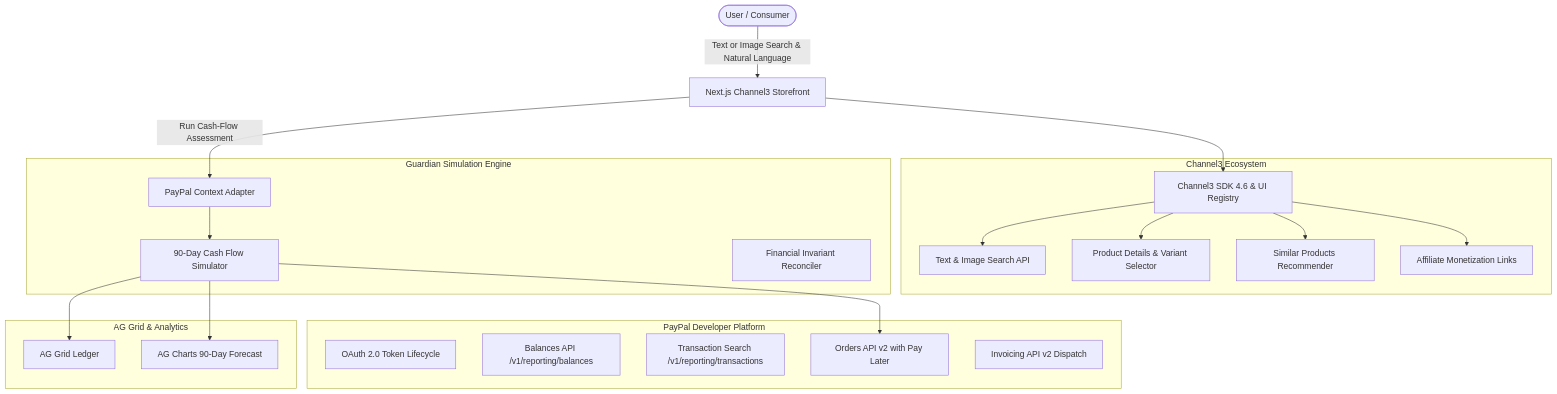
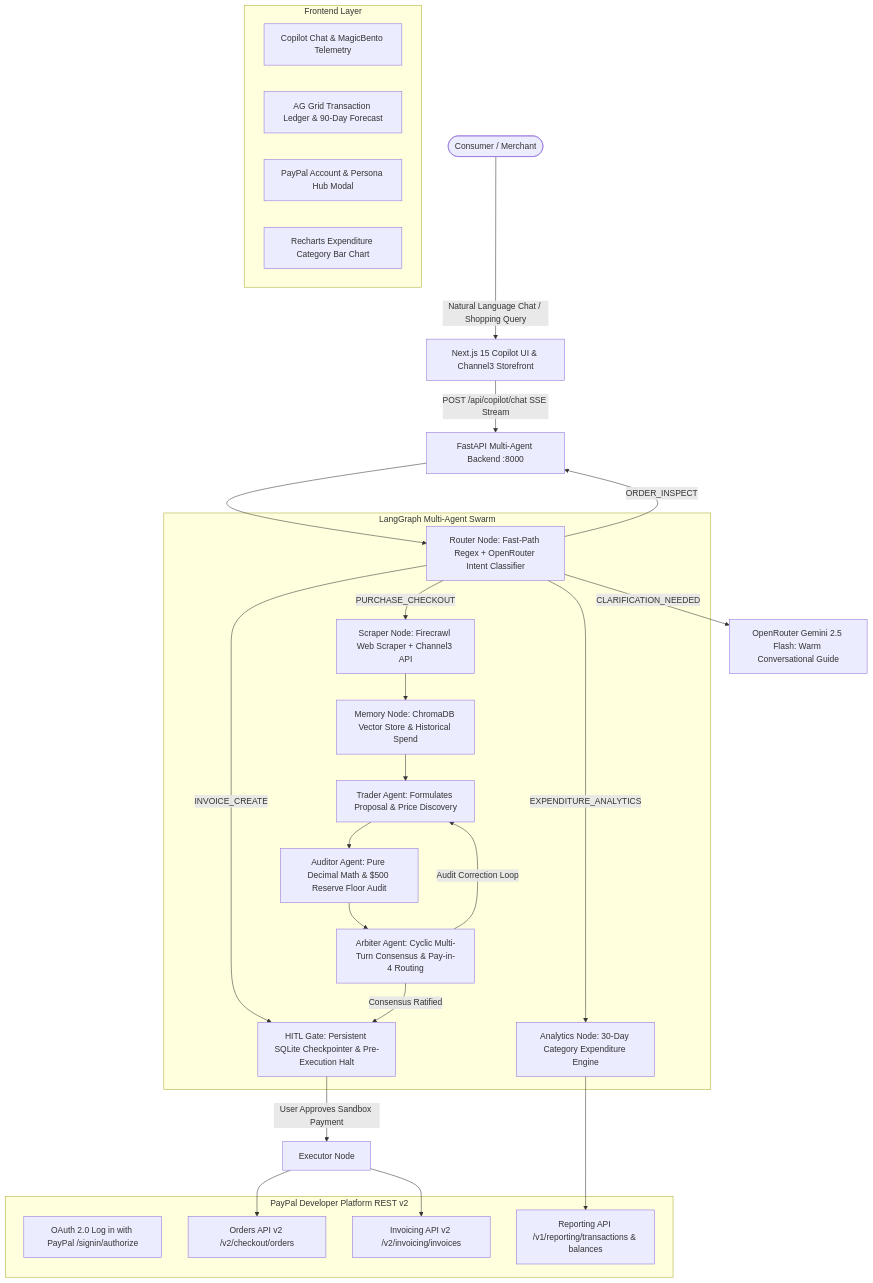
The diagram in README.md (HardikBorkar/Can-I-Buy-It-), drawn with Mermaid before and after one commit. The commit also changed other lines of this file and 3 other files, not shown here.

Commit message:
docs(deploy): add render.yaml blueprint, PayPal bulk accounts CSV, and Devpost README

````diff
--- a/README.md
+++ b/README.md
@@ -24,43 +37,46 @@
 ```mermaid
 flowchart TD
-    User([User / Consumer]) -->|Text or Image Search & Natural Language| Store[Next.js Channel3 Storefront]
+    User([Consumer / Merchant]) -->|Natural Language Chat / Shopping Query| Frontend[Next.js 15 Copilot UI & Channel3 Storefront]
     
-    subgraph Channel3 Ecosystem
-        C3API[Channel3 SDK 4.6 & UI Registry]
-        C3Search[Text & Image Search API]
-        C3PDP[Product Details & Variant Selector]
-        C3Similar[Similar Products Recommender]
-        C3Affiliate[Affiliate Monetization Links]
+    subgraph Frontend Layer
+        ChatUI[Copilot Chat & MagicBento Telemetry]
+        AGGridLedger[AG Grid Transaction Ledger & 90-Day Forecast]
+        PersonaHub[PayPal Account & Persona Hub Modal]
+        BarChart[Recharts Expenditure Category Bar Chart]
     end
 
-    subgraph PayPal Developer Platform
-        OAuth[OAuth 2.0 Token Lifecycle]
-        Balances[Balances API /v1/reporting/balances]
-        TxSearch[Transaction Search /v1/reporting/transactions]
-        Orders[Orders API v2 with Pay Later]
-        Invoices[Invoicing API v2 Dispatch]
+    Frontend -->|POST /api/copilot/chat SSE Stream| FastAPIServer[FastAPI Multi-Agent Backend :8000]
+
+    subgraph LangGraph Multi-Agent Swarm
+        Router[Router Node: Fast-Path Regex + OpenRouter Intent Classifier]
+        Scraper[Scraper Node: Firecrawl Web Scraper + Channel3 API]
+        Memory[Memory Node: ChromaDB Vector Store & Historical Spend]
+        Trader[Trader Agent: Formulates Proposal & Price Discovery]
+        Auditor[Auditor Agent: Pure Decimal Math & $500 Reserve Floor Audit]
+        Arbiter[Arbiter Agent: Cyclic Multi-Turn Consensus & Pay-in-4 Routing]
+        Analytics[Analytics Node: 30-Day Category Expenditure Engine]
+        HITL[HITL Gate: Persistent SQLite Checkpointer & Pre-Execution Halt]
     end
 
-    subgraph Guardian Simulation Engine
-        Adapter[PayPal Context Adapter]
-        Sim[90-Day Cash Flow Simulator]
-        Reconciler[Financial Invariant Reconciler]
+    FastAPIServer --> Router
+    Router -->|PURCHASE_CHECKOUT| Scraper --> Memory --> Trader --> Auditor --> Arbiter
+    Router -->|INVOICE_CREATE| HITL
+    Router -->|ORDER_INSPECT| FastAPIServer
+    Router -->|EXPENDITURE_ANALYTICS| Analytics
+    Router -->|CLARIFICATION_NEEDED| Clarification[OpenRouter Gemini 2.5 Flash: Warm Conversational Guide]
+
+    Arbiter -->|Consensus Ratified| HITL
+    Arbiter -->|Audit Correction Loop| Trader
+
+    subgraph PayPal Developer Platform REST v2
+        PPAuth[OAuth 2.0 Log in with PayPal /signin/authorize]
+        PPOrders[Orders API v2 /v2/checkout/orders]
+        PPInvoices[Invoicing API v2 /v2/invoicing/invoices]
+        PPReport[Reporting API /v1/reporting/transactions & balances]
     end
 
-    subgraph AG Grid & Analytics
-        AGGrid[AG Grid Ledger]
-        AGCharts[AG Charts 90-Day Forecast]
-    end
-
-    Store --> C3API
-    C3API --> C3Search
-    C3API --> C3PDP
-    C3API --> C3Similar
-    C3API --> C3Affiliate
-
-    Store -->|Run Cash-Flow Assessment| Adapter
-    Adapter --> Sim
-    Sim --> Orders
-    Sim --> AGGrid
-    Sim --> AGCharts
+    HITL -->|User Approves Sandbox Payment| Executor[Executor Node]
+    Executor --> PPOrders
+    Executor --> PPInvoices
+    Analytics --> PPReport
 ```
````
